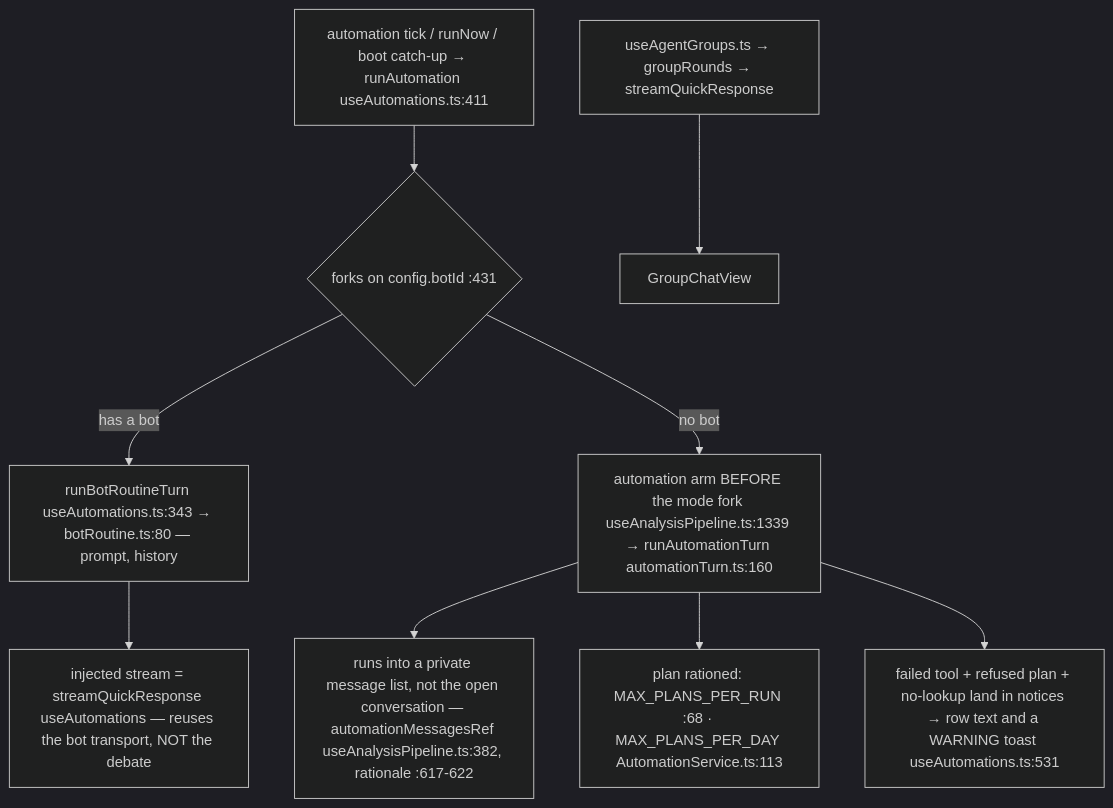
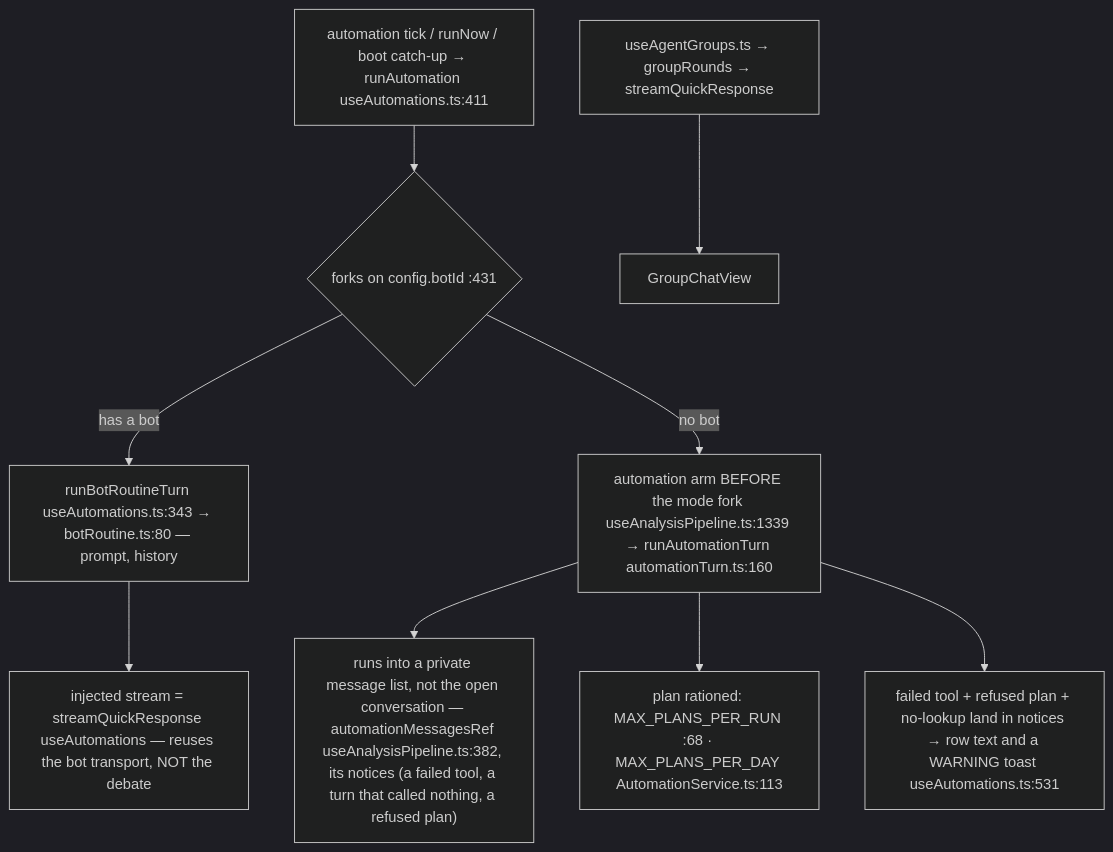
The fifth of 7 diagrams in docs/app-flow.md (Acepay25/august-3.5), drawn with Mermaid (dark theme) before and after one commit. The commit also changed other lines of this file and 2 other files, not shown here.

First line of the commit message:
docs(app-flow): re-measure all 167 anchors against the post-19 tree, delete a fabricated citation

````diff
--- a/docs/app-flow.md
+++ b/docs/app-flow.md
@@ -244,11 +244,11 @@
 ```mermaid
 flowchart TD
     TK["automation tick / runNow / boot catch-up → runAutomation useAutomations.ts:411"] --> D{"forks on config.botId :431"}
     D -->|has a bot| BR["runBotRoutineTurn useAutomations.ts:343 → botRoutine.ts:80 — prompt, history"]
     BR --> ST["injected stream = streamQuickResponse useAutomations — reuses the bot transport, NOT the debate"]
     D -->|no bot| AT["automation arm BEFORE the mode fork useAnalysisPipeline.ts:1339 → runAutomationTurn automationTurn.ts:160"]
-    AT --> PRIV["runs into a private message list, not the open conversation — automationMessagesRef useAnalysisPipeline.ts:382, rationale :617-622"]
+    AT --> PRIV["runs into a private message list, not the open conversation — automationMessagesRef useAnalysisPipeline.ts:382, its notices (a failed tool, a turn that called nothing, a refused plan)"]
     AT --> CAP["plan rationed: MAX_PLANS_PER_RUN :68 · MAX_PLANS_PER_DAY AutomationService.ts:113"]
     AT --> FAIL["failed tool + refused plan + no-lookup land in notices → row text and a WARNING toast useAutomations.ts:531"]
     GR["useAgentGroups.ts → groupRounds → streamQuickResponse"] --> GV["GroupChatView"]
 ```
````
